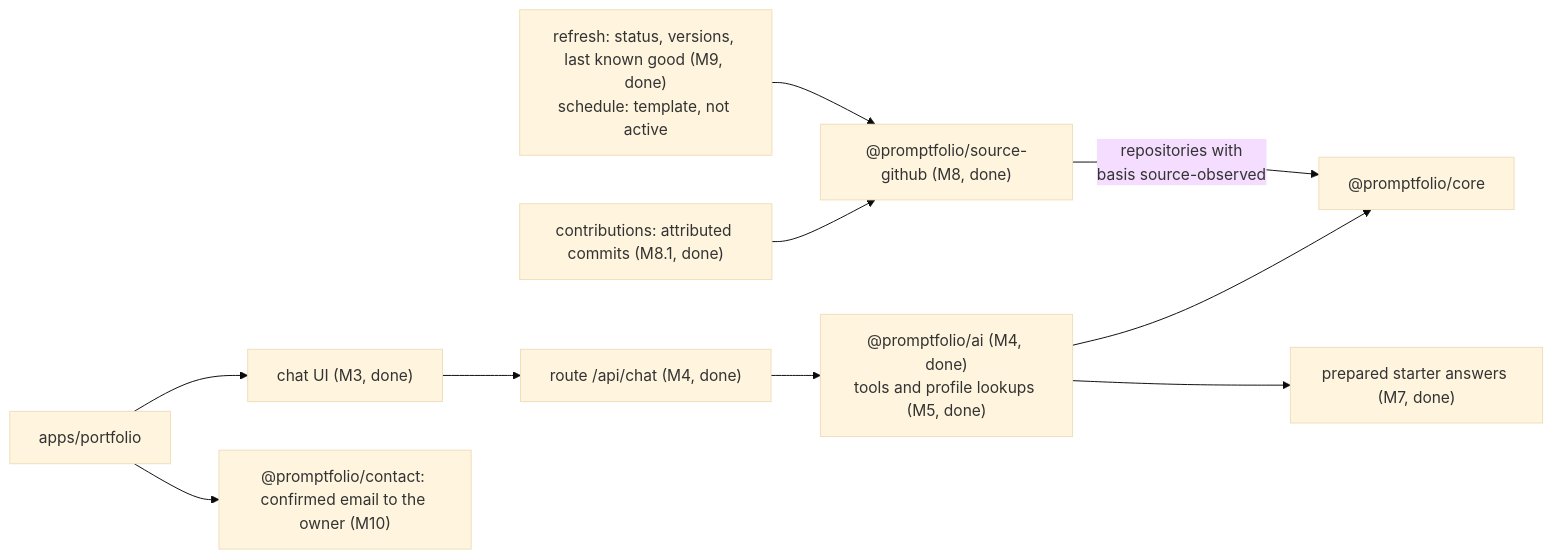
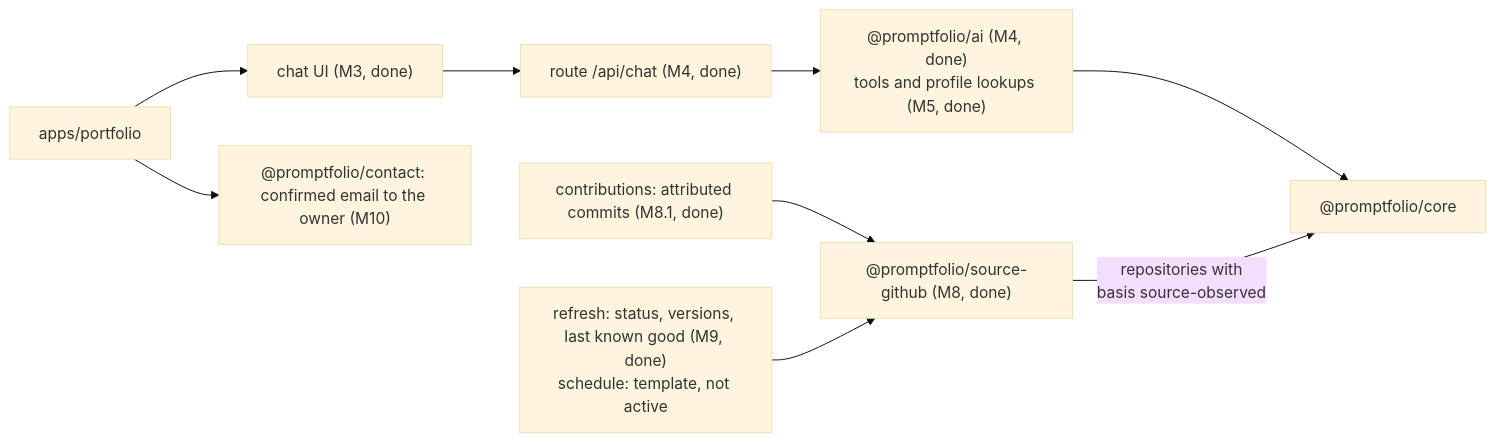
Before and after one commit to promptfolios/promptfolio: the seventh of 7 diagrams in docs/ARCHITECTURE.md, drawn with Mermaid (base theme). The commit also changed other lines of this file and 11 other files, not shown here.

First line of the commit message:
docs: record removing prepared answers and fixed starters (M12.5)

````diff
--- a/docs/ARCHITECTURE.md
+++ b/docs/ARCHITECTURE.md
@@ -381,12 +364,11 @@
 ```mermaid
 flowchart LR
     app["apps/portfolio"] --> ui["chat UI (M3, done)"]
     ui --> route["route /api/chat (M4, done)"]
     route --> ai["@promptfolio/ai (M4, done)<br/>tools and profile lookups (M5, done)"]
     ai --> core["@promptfolio/core"]
-    ai --> prepared["prepared starter answers (M7, done)"]
     github["@promptfolio/source-github (M8, done)"] -- "repositories with<br/>basis source-observed" --> core
     contributions["contributions: attributed commits (M8.1, done)"] --> github
     refresh["refresh: status, versions, last known good (M9, done)<br/>schedule: template, not active"] --> github
     app --> contact["@promptfolio/contact: confirmed email to the owner (M10)"]
 ```
````
